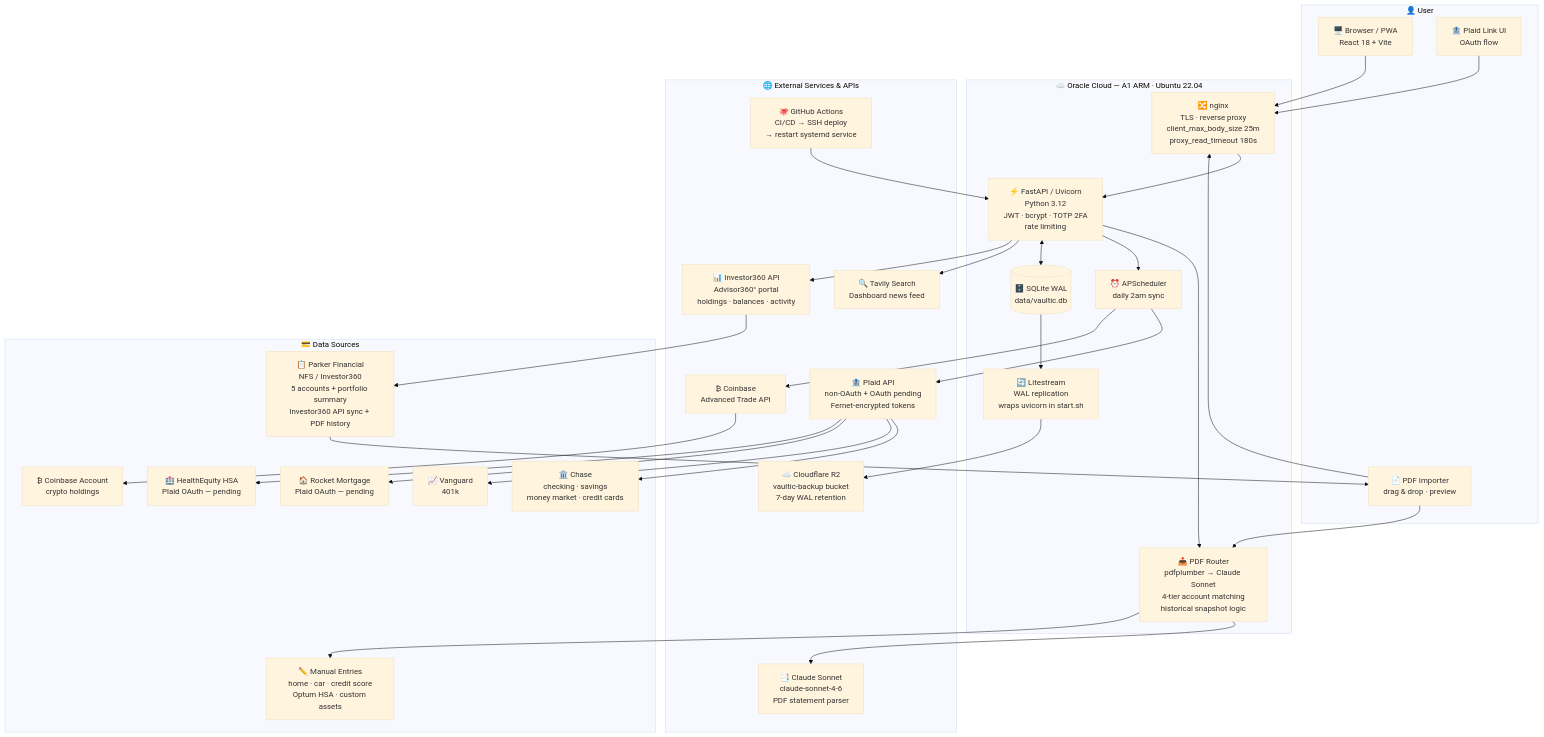
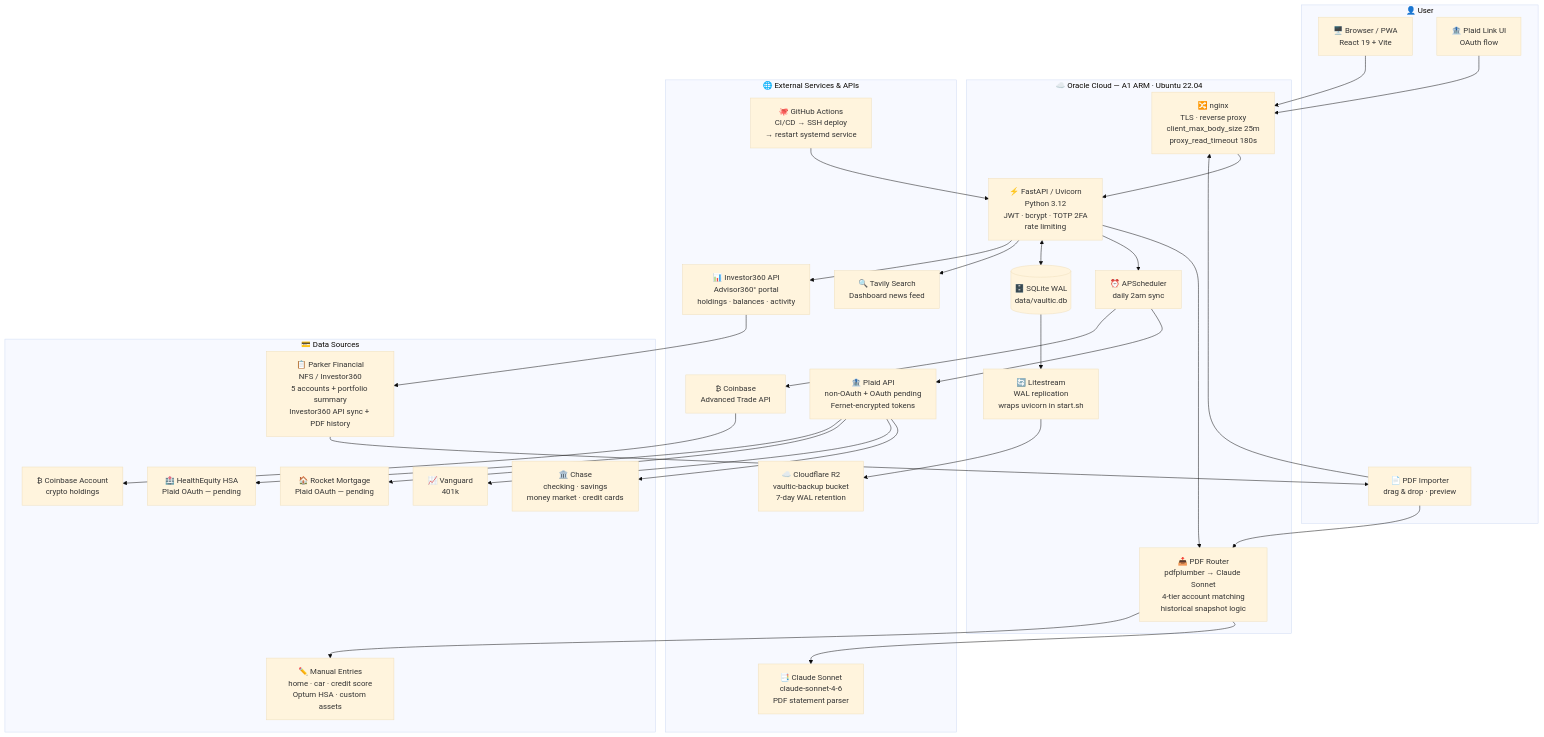
Before and after one commit to jbazen/vaultic: the diagram in README.md, drawn with Mermaid (base theme). The commit also changed other lines of this file and 2 other files, not shown here.

First line of the commit message:
#138 - docs: update React, Node and CI references for the new versions (refs #138)

```diff
--- a/README.md
+++ b/README.md
@@ -159,7 +159,7 @@
 flowchart TB
 
     subgraph USER["👤  User"]
-        Browser["🖥️ Browser / PWA\nReact 18 + Vite"]
+        Browser["🖥️ Browser / PWA\nReact 19 + Vite"]
         PlaidLink["🏦 Plaid Link UI\nOAuth flow"]
         PDFui["📄 PDF Importer\ndrag & drop · preview"]
     end
```
